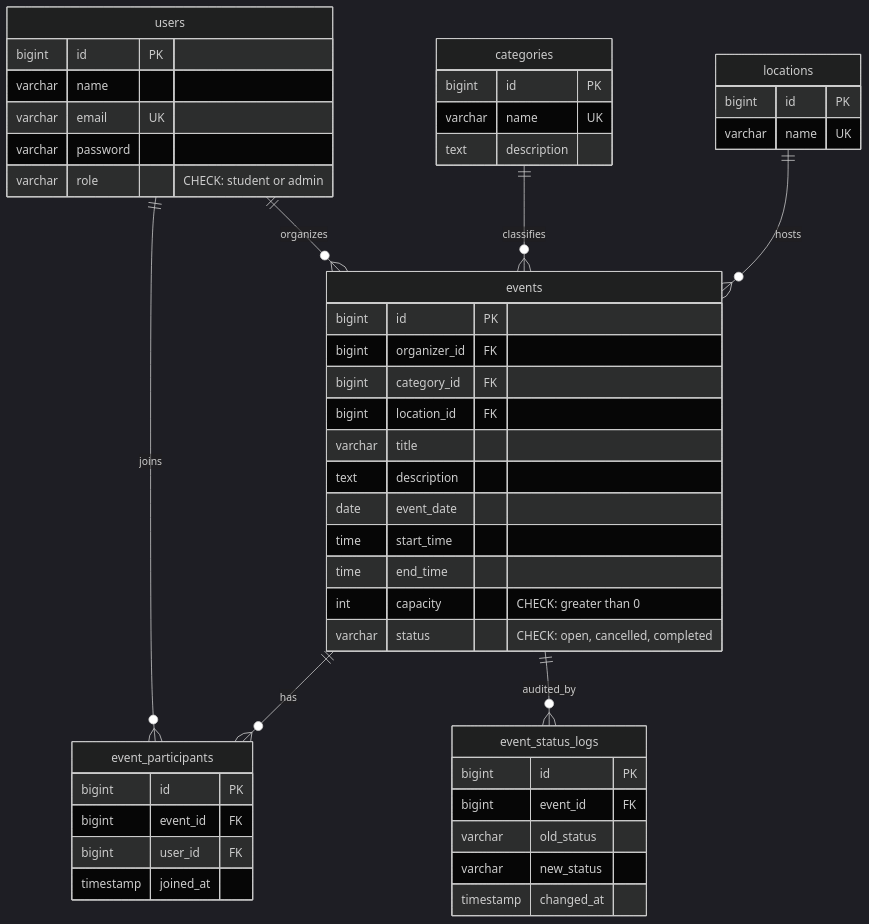
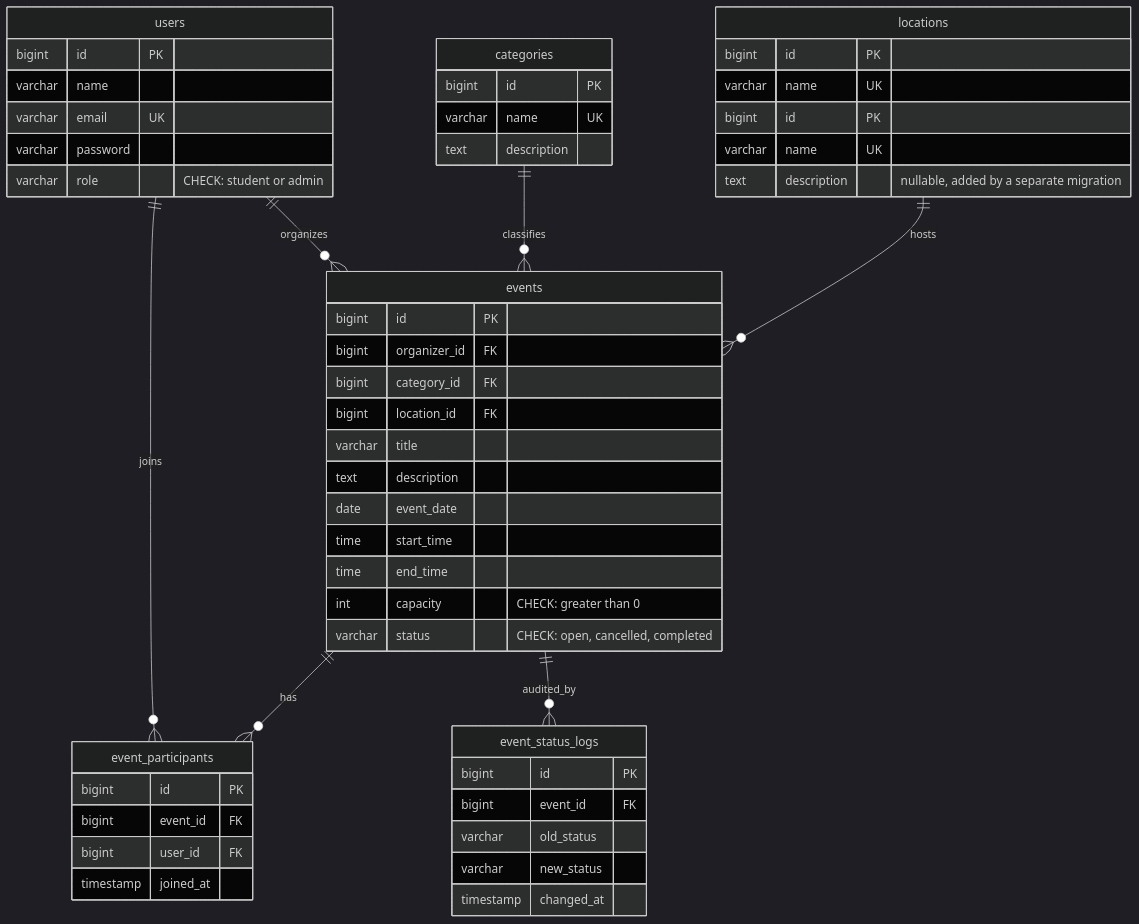
Before and after one commit to ellich-i/campusconnect: the diagram in docs/erd.md, drawn with Mermaid (dark theme). The commit also changed 4 other files, not shown here.

Commit message:
Update ERD, README and testing checklist after frontend merge

````diff
--- a/docs/erd.md
+++ b/docs/erd.md
@@ -3,52 +3,57 @@
 ```mermaid
 erDiagram
     users ||--o{ events : organizes
     categories ||--o{ events : classifies
     locations ||--o{ events : hosts
     users ||--o{ event_participants : joins
     events ||--o{ event_participants : has
     events ||--o{ event_status_logs : audited_by
 
     users {
         bigint id PK
         varchar name
         varchar email UK
         varchar password
         varchar role "CHECK: student or admin"
     }
     categories {
         bigint id PK
         varchar name UK
         text description
     }
     locations {
         bigint id PK
         varchar name UK
     }
     events {
         bigint id PK
         bigint organizer_id FK
         bigint category_id FK
         bigint location_id FK
         varchar title
         text description
         date event_date
         time start_time
         time end_time
         int capacity "CHECK: greater than 0"
         varchar status "CHECK: open, cancelled, completed"
     }
     event_participants {
         bigint id PK
         bigint event_id FK
         bigint user_id FK
         timestamp joined_at
     }
     event_status_logs {
         bigint id PK
         bigint event_id FK
         varchar old_status
         varchar new_status
         timestamp changed_at
     }
+        locations {
+        bigint id PK
+        varchar name UK
+        text description "nullable, added by a separate migration"
+    }
 ```
````
